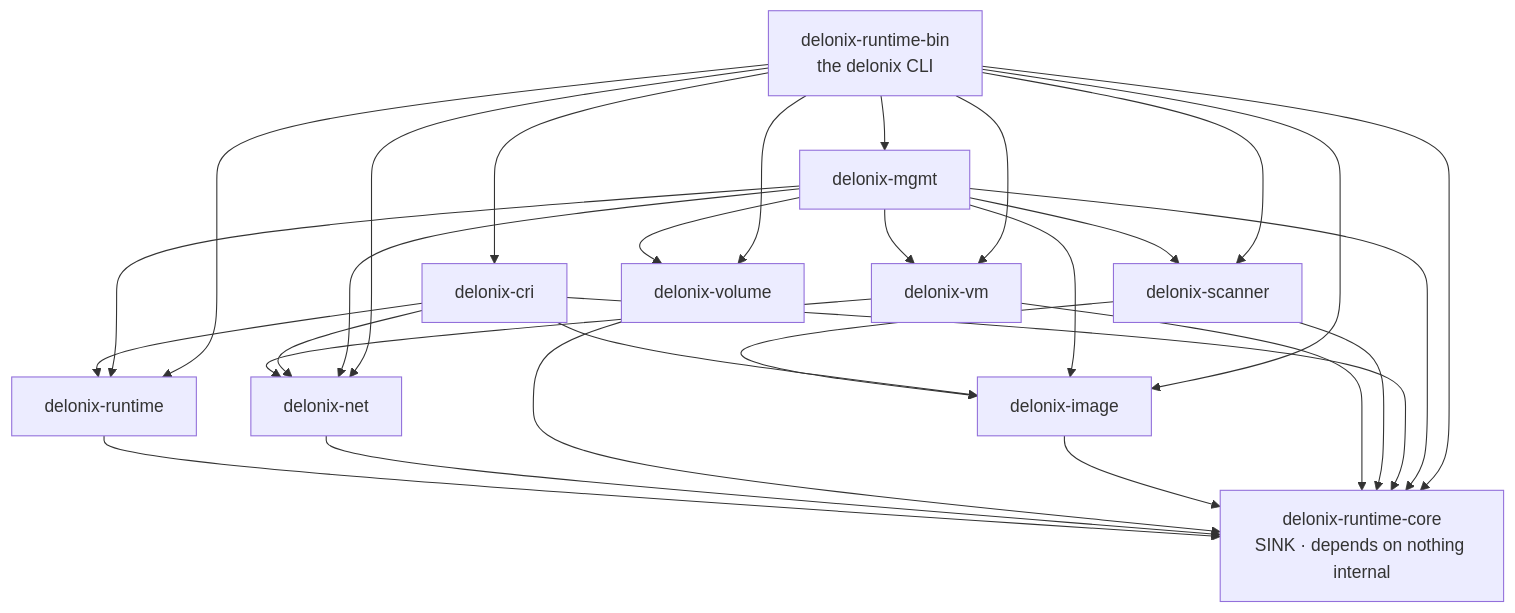
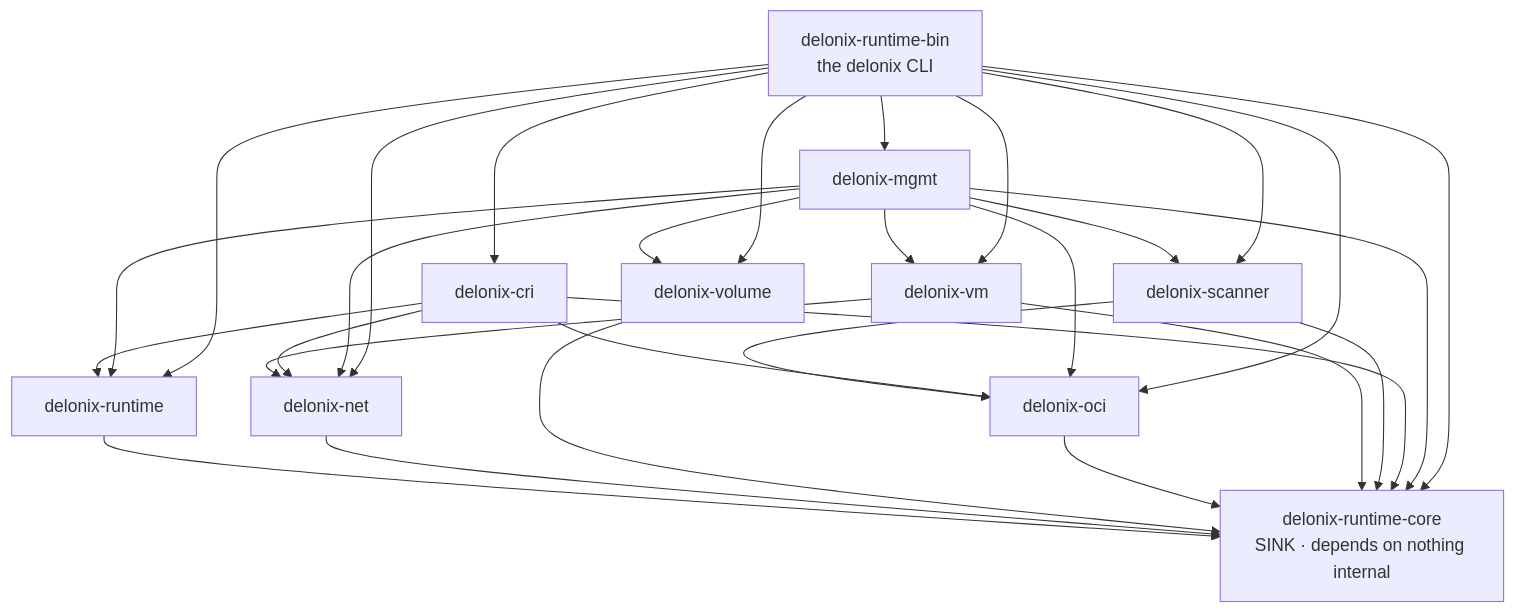
One commit to angolardevops/delonix-runtime changed the diagram in docs/runtime/dependency-map.md. Above: the diagram before and after it, drawn with Mermaid. The commit also changed 56 other files, not shown here.

First line of the commit message:
arch(P3o): delonix-image passa a chamar-se delonix-oci

````diff
--- a/docs/runtime/dependency-map.md
+++ b/docs/runtime/dependency-map.md
@@ -9,38 +9,38 @@
 ```mermaid
 graph TD
     core[delonix-runtime-core<br/>SINK · depends on nothing internal]
 
     runtime[delonix-runtime] --> core
     net[delonix-net] --> core
     volume[delonix-volume] --> core
-    image[delonix-image] --> core
+    image[delonix-oci] --> core
 
     vm[delonix-vm] --> core
     vm --> net
 
     scan[delonix-scanner] --> core
     scan --> image
 
     cri[delonix-cri] --> core
     cri --> runtime
     cri --> image
     cri --> net
 
     mgmt[delonix-mgmt] --> core
     mgmt --> runtime
     mgmt --> volume
     mgmt --> image
     mgmt --> scan
     mgmt --> vm
     mgmt --> net
 
     bin[delonix-runtime-bin<br/>the delonix CLI] --> core
     bin --> runtime
     bin --> image
     bin --> vm
     bin --> volume
     bin --> scan
     bin --> cri
     bin --> mgmt
     bin --> net
 ```
````
